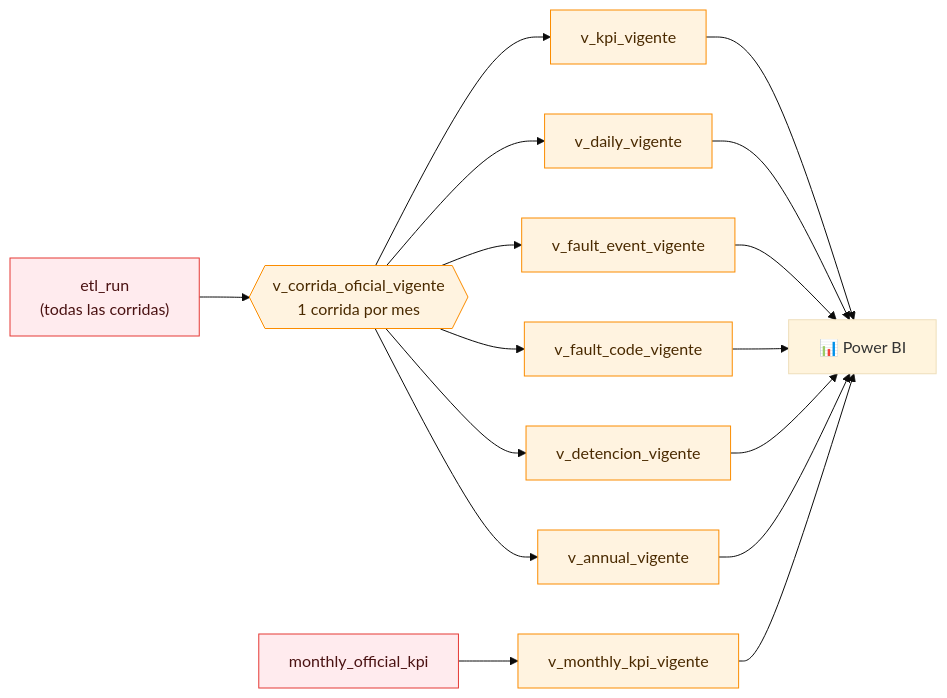
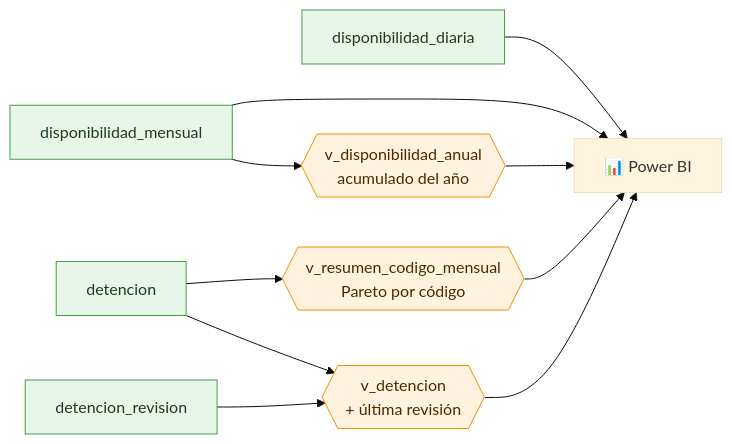
One commit to franciscobarrientoscaceres/ETL_Arena changed the sixth of 6 diagrams in docs/modelo-datos.md. Above: the diagram before and after it, drawn with Mermaid. The commit also changed other lines of this file and 45 other files, not shown here.

````diff
--- a/docs/modelo-datos.md
+++ b/docs/modelo-datos.md
@@ -430,17 +383,15 @@
 ```mermaid
 %%{init: {'theme':'base'}}%%
 flowchart LR
-    R["etl_run<br/>(todas las corridas)"] --> V0{{"v_corrida_oficial_vigente<br/>1 corrida por mes"}}
-    V0 --> V1["v_kpi_vigente"]
-    V0 --> V2["v_daily_vigente"]
-    V0 --> V3["v_fault_event_vigente"]
-    V0 --> V4["v_fault_code_vigente"]
-    V0 --> V5["v_detencion_vigente"]
-    V0 --> V6["v_annual_vigente"]
-    MK["monthly_official_kpi"] --> V7["v_monthly_kpi_vigente"]
-    V1 & V2 & V3 & V4 & V5 & V6 & V7 --> PBI["📊 Power BI"]
+    M["disponibilidad_mensual"] --> V1{{"v_disponibilidad_anual<br/>acumulado del año"}}
+    DT["detencion"] --> V2{{"v_resumen_codigo_mensual<br/>Pareto por código"}}
+    DT --> V3{{"v_detencion<br/>+ última revisión"}}
+    RV["detencion_revision"] --> V3
+    D["disponibilidad_diaria"] --> PBI["📊 Power BI"]
+    M --> PBI
+    V1 & V2 & V3 --> PBI
     classDef v fill:#FFF3E0,stroke:#FB8C00,color:#4A2A00
-    classDef t fill:#FFEBEE,stroke:#E53935,color:#4A1212
-    class V0,V1,V2,V3,V4,V5,V6,V7 v
-    class R,MK t
+    classDef t fill:#E8F5E9,stroke:#43A047,color:#1B3D1F
+    class V1,V2,V3 v
+    class M,DT,D,RV t
 ```
````
